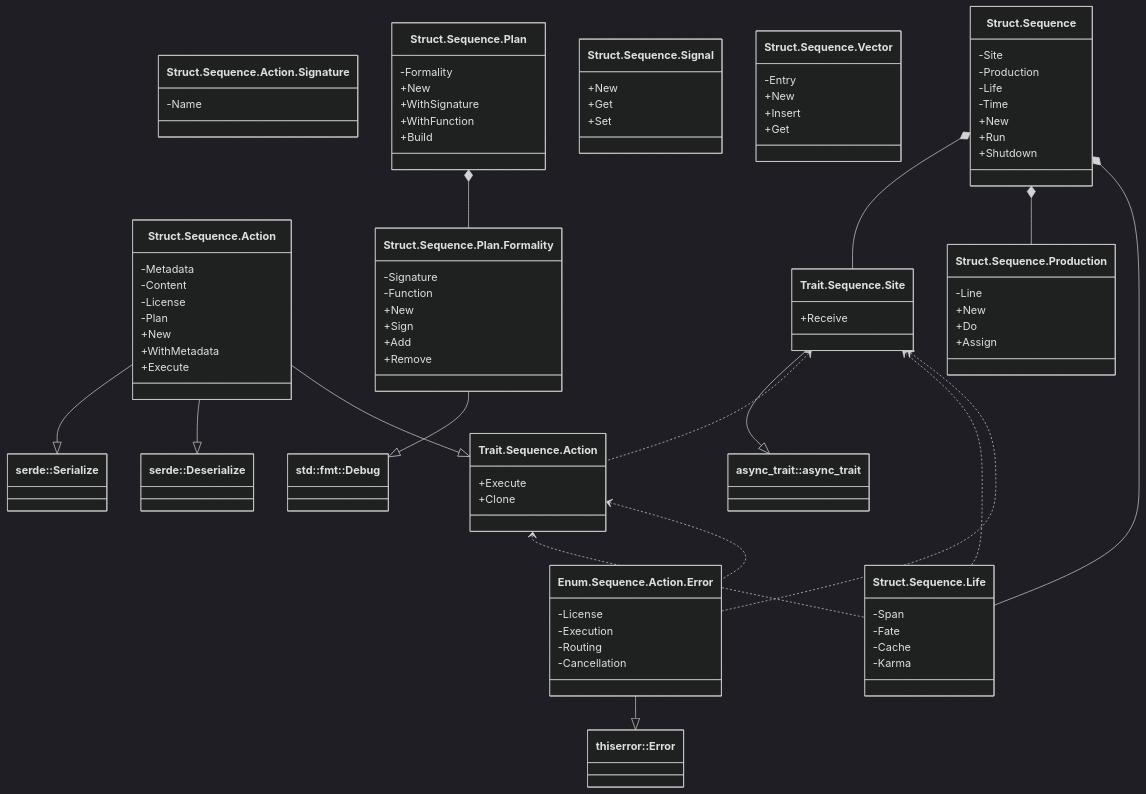
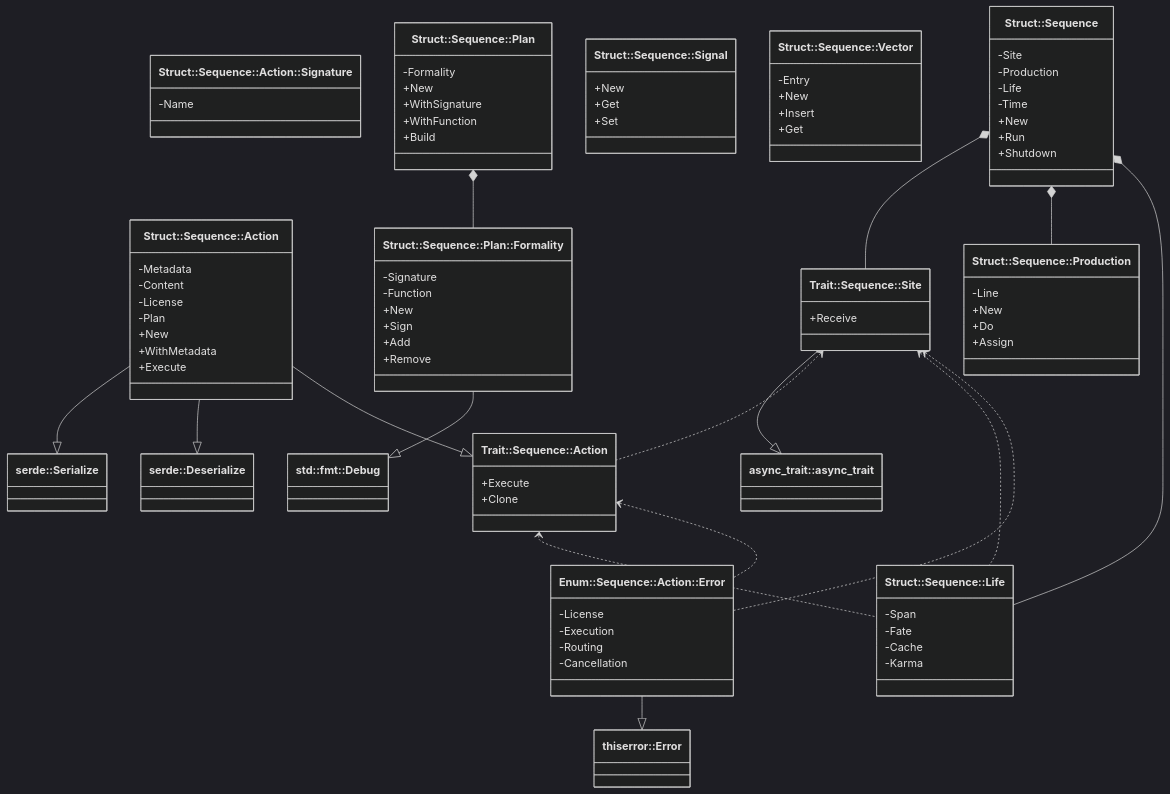
Before and after one commit to CodeEditorLand/Echo: the second of 3 diagrams in README.md, drawn with Mermaid (dark theme).

````diff
--- a/README.md
+++ b/README.md
@@ -189,15 +189,15 @@
 ```mermaid
 classDiagram
-    class `Enum.Sequence.Action.Error` {
+    class `Enum::Sequence::Action::Error` {
         -License
         -Execution
         -Routing
         -Cancellation
     }
-    class `Struct.Sequence.Action.Signature` {
+    class `Struct::Sequence::Action::Signature` {
         -Name
     }
-    class `Struct.Sequence.Action` {
+    class `Struct::Sequence::Action` {
         -Metadata
         -Content
         -License
@@ -206,13 +206,13 @@
         +WithMetadata
         +Execute
     }
-    class `Struct.Sequence.Life` {
+    class `Struct::Sequence::Life` {
         -Span
         -Fate
         -Cache
         -Karma
     }
-    class `Struct.Sequence.Plan.Formality` {
+    class `Struct::Sequence::Plan::Formality` {
         -Signature
         -Function
         +New
@@ -220,31 +220,31 @@
         +Add
         +Remove
     }
-    class `Struct.Sequence.Plan` {
+    class `Struct::Sequence::Plan` {
         -Formality
         +New
         +WithSignature
         +WithFunction
         +Build
     }
-    class `Struct.Sequence.Production` {
+    class `Struct::Sequence::Production` {
         -Line
         +New
         +Do
         +Assign
     }
-    class `Struct.Sequence.Signal` {
+    class `Struct::Sequence::Signal` {
         +New
         +Get
         +Set
     }
-    class `Struct.Sequence.Vector` {
+    class `Struct::Sequence::Vector` {
         -Entry
         +New
         +Insert
         +Get
     }
-    class `Struct.Sequence` {
+    class `Struct::Sequence` {
         -Site
         -Production
         -Life
@@ -253,26 +253,26 @@
         +Run
         +Shutdown
     }
-    class `Trait.Sequence.Action` {
+    class `Trait::Sequence::Action` {
         +Execute
         +Clone
     }
-    class `Trait.Sequence.Site` {
+    class `Trait::Sequence::Site` {
         +Receive
     }
-    `Enum.Sequence.Action.Error` --|> `thiserror::Error`
-    `Struct.Sequence.Action` --|> `serde::Serialize`
-    `Struct.Sequence.Action` --|> `serde::Deserialize`
-    `Struct.Sequence.Action` --|> `Trait.Sequence.Action`
-    `Struct.Sequence.Plan.Formality` --|> `std::fmt::Debug`
-    `Struct.Sequence.Plan` *-- `Struct.Sequence.Plan.Formality`
-    `Struct.Sequence` *-- `Trait.Sequence.Site`
-    `Struct.Sequence` *-- `Struct.Sequence.Production`
-    `Struct.Sequence` *-- `Struct.Sequence.Life`
-    `Trait.Sequence.Action` <.. `Struct.Sequence.Life`
-    `Trait.Sequence.Action` <.. `Enum.Sequence.Action.Error`
-    `Trait.Sequence.Site` --|> `async_trait::async_trait`
-    `Trait.Sequence.Site` <.. `Trait.Sequence.Action`
-    `Trait.Sequence.Site` <.. `Struct.Sequence.Life`
-    `Trait.Sequence.Site` <.. `Enum.Sequence.Action.Error`
+    `Enum::Sequence::Action::Error` --|> `thiserror::Error`
+    `Struct::Sequence::Action` --|> `serde::Serialize`
+    `Struct::Sequence::Action` --|> `serde::Deserialize`
+    `Struct::Sequence::Action` --|> `Trait::Sequence::Action`
+    `Struct::Sequence::Plan::Formality` --|> `std::fmt::Debug`
+    `Struct::Sequence::Plan` *-- `Struct::Sequence::Plan::Formality`
+    `Struct::Sequence` *-- `Trait::Sequence::Site`
+    `Struct::Sequence` *-- `Struct::Sequence::Production`
+    `Struct::Sequence` *-- `Struct::Sequence::Life`
+    `Trait::Sequence::Action` <.. `Struct::Sequence::Life`
+    `Trait::Sequence::Action` <.. `Enum::Sequence::Action::Error`
+    `Trait::Sequence::Site` --|> `async_trait::async_trait`
+    `Trait::Sequence::Site` <.. `Trait::Sequence::Action`
+    `Trait::Sequence::Site` <.. `Struct::Sequence::Life`
+    `Trait::Sequence::Site` <.. `Enum::Sequence::Action::Error`
 ```
````
